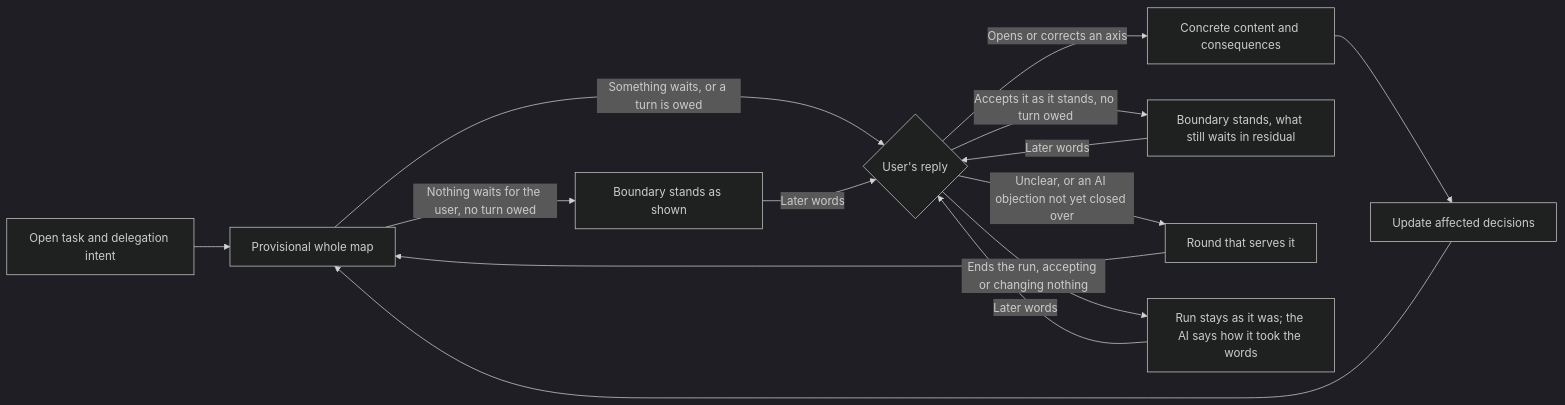
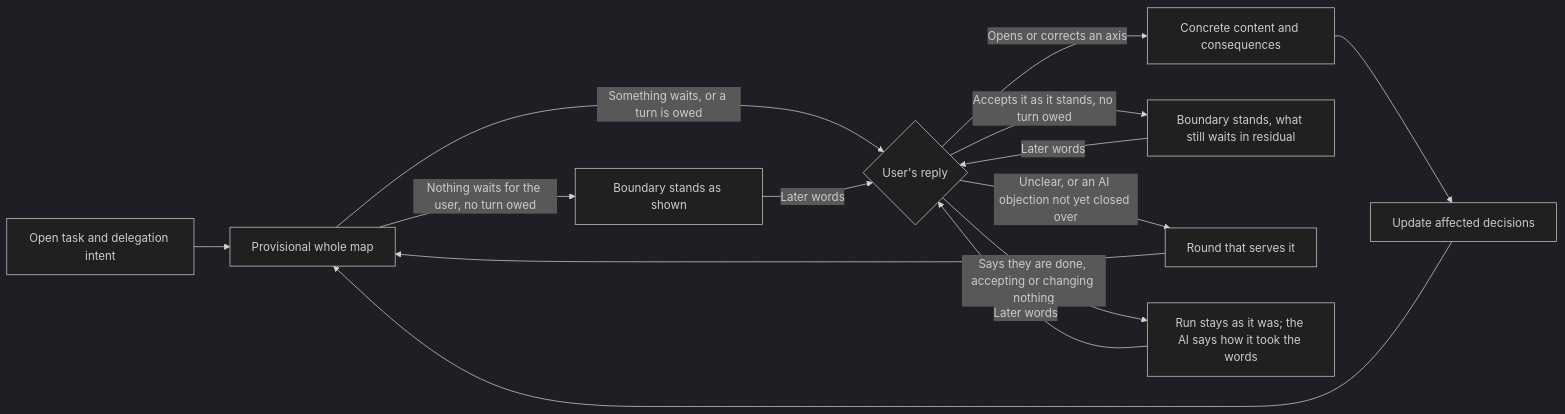
The diagram in horismos/README.md (jongwony/epistemic-protocols), drawn with Mermaid (dark theme) before and after one commit. The commit also changed other lines of this file and 3 other files, not shown here.

````diff
--- a/horismos/README.md
+++ b/horismos/README.md
@@ -9,16 +9,16 @@
 ```mermaid
 flowchart LR
     A[Open task and delegation intent] --> B[Provisional whole map]
     B -->|Nothing waits for the user, no turn owed| G[Boundary stands as shown]
     B -->|Something waits, or a turn is owed| C{User's reply}
     C -->|Opens or corrects an axis| D[Concrete content and consequences]
     D --> E[Update affected decisions]
     E --> B
     C -->|Accepts it as it stands, no turn owed| F[Boundary stands, what still waits in residual]
     C -->|Unclear, or an AI objection not yet closed over| H[Round that serves it]
     H --> B
-    C -->|Ends the run, accepting or changing nothing| K[Run stays as it was; the AI says how it took the words]
+    C -->|Says they are done, accepting or changing nothing| K[Run stays as it was; the AI says how it took the words]
     K -->|Later words| C
     F -->|Later words| C
     G -->|Later words| C
 ```
````
